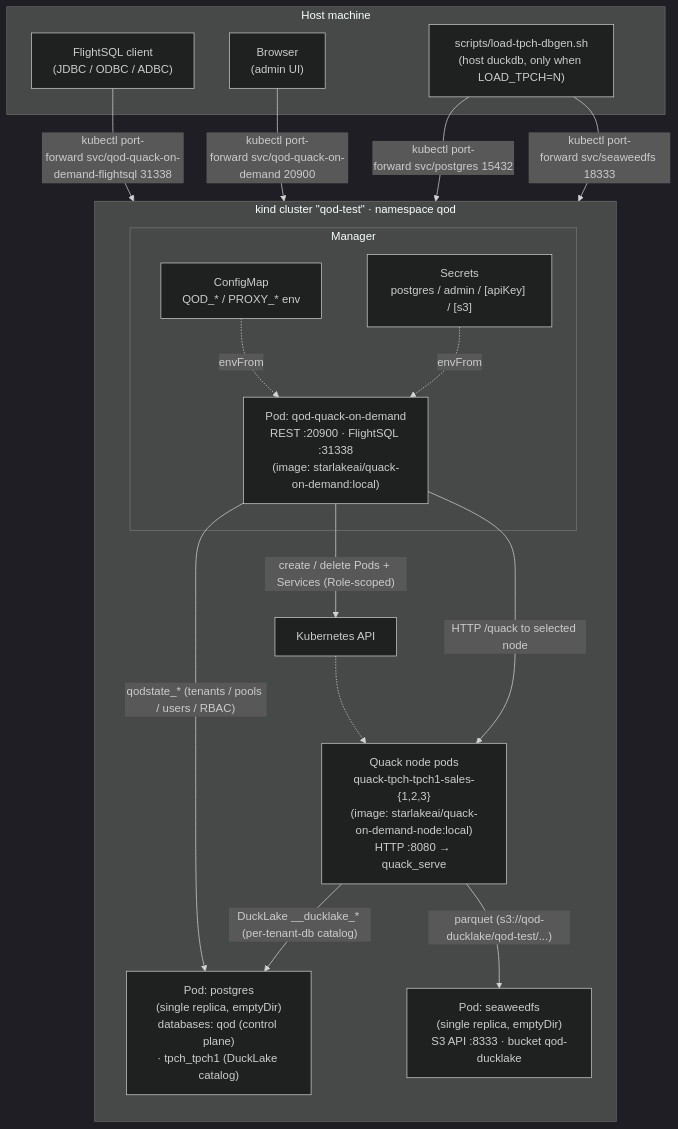
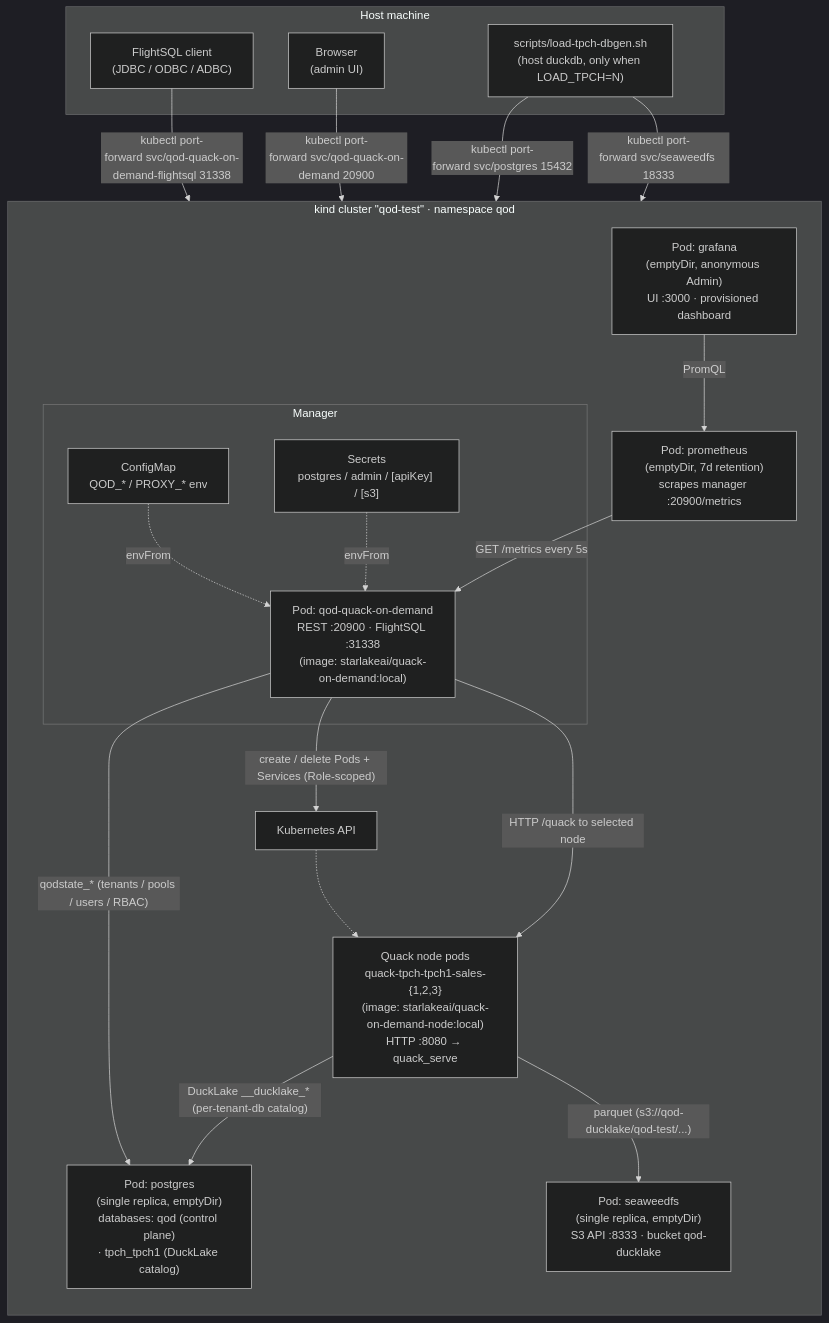
The second of 2 diagrams in charts/quack-on-demand/local-stack-k8s/README.md (starlake-ai/quack-on-demand), drawn with Mermaid (dark theme) before and after one commit. The commit also changed other lines of this file and 3 other files, not shown here.

````diff
--- a/charts/quack-on-demand/local-stack-k8s/README.md
+++ b/charts/quack-on-demand/local-stack-k8s/README.md
@@ -34,49 +56,55 @@
 ```mermaid
 flowchart TB
     subgraph host["Host machine"]
         client["FlightSQL client<br/>(JDBC / ODBC / ADBC)"]
         browser["Browser<br/>(admin UI)"]
         loadtpch["scripts/load-tpch-dbgen.sh<br/>(host duckdb, only when LOAD_TPCH=N)"]
     end
 
     subgraph kind["kind cluster &quot;qod-test&quot; · namespace qod"]
         direction TB
 
         subgraph manager_block["Manager"]
             manager["Pod: qod-quack-on-demand<br/>REST :20900 · FlightSQL :31338<br/>(image: starlakeai/quack-on-demand:local)"]
             cfg["ConfigMap<br/>QOD_* / PROXY_* env"]
             sec["Secrets<br/>postgres / admin / [apiKey] / [s3]"]
         end
 
         nodes["Quack node pods<br/>quack-tpch-tpch1-sales-{1,2,3}<br/>(image: starlakeai/quack-on-demand-node:local)<br/>HTTP :8080 → quack_serve"]
 
         pg["Pod: postgres<br/>(single replica, emptyDir)<br/>databases: qod (control plane)<br/>· tpch_tpch1 (DuckLake catalog)"]
         sw["Pod: seaweedfs<br/>(single replica, emptyDir)<br/>S3 API :8333 · bucket qod-ducklake"]
+        prom["Pod: prometheus<br/>(emptyDir, 7d retention)<br/>scrapes manager :20900/metrics"]
+        graf["Pod: grafana<br/>(emptyDir, anonymous Admin)<br/>UI :3000 · provisioned dashboard"]
 
         kapi["Kubernetes API"]
     end
 
     %% Client / operator traffic via short-lived port-forwards
     client    -- "kubectl port-forward&nbsp;svc/qod-quack-on-demand-flightsql 31338" --> manager
     browser   -- "kubectl port-forward&nbsp;svc/qod-quack-on-demand 20900"          --> manager
     loadtpch  -- "kubectl port-forward&nbsp;svc/postgres 15432"                     --> pg
     loadtpch  -- "kubectl port-forward&nbsp;svc/seaweedfs 18333"                    --> sw
 
     %% Config + secret injection
     cfg -. envFrom .-> manager
     sec -. envFrom .-> manager
 
     %% Manager - K8s control plane
     manager  -- "create / delete Pods + Services (Role-scoped)" --> kapi
     kapi -.-> nodes
 
     %% Manager - control plane DB
     manager -- "qodstate_* (tenants / pools / users / RBAC)" --> pg
 
     %% Statement routing
     manager -- "HTTP /quack to selected node" --> nodes
 
     %% Node - data plane
     nodes -- "DuckLake __ducklake_* (per-tenant-db catalog)" --> pg
     nodes -- "parquet (s3://qod-ducklake/qod-test/...)"      --> sw
+
+    %% Observability
+    prom -- "GET /metrics every 5s" --> manager
+    graf -- "PromQL" --> prom
 ```
````
